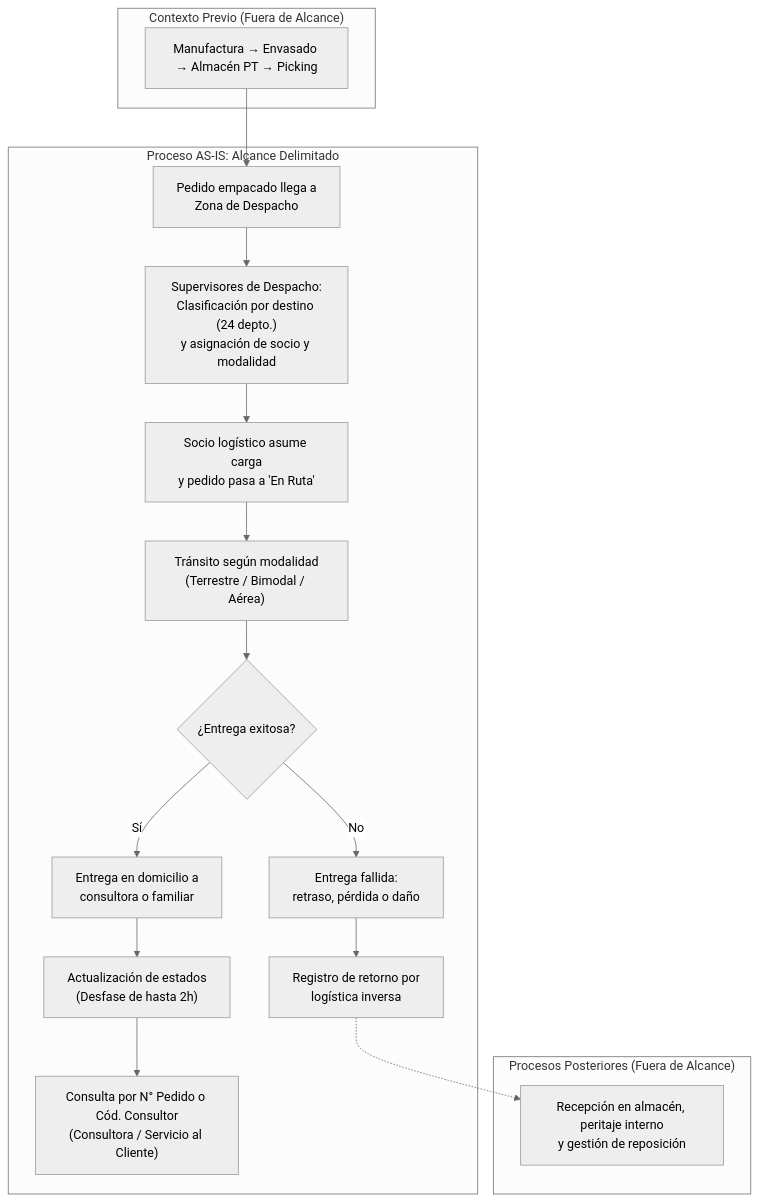
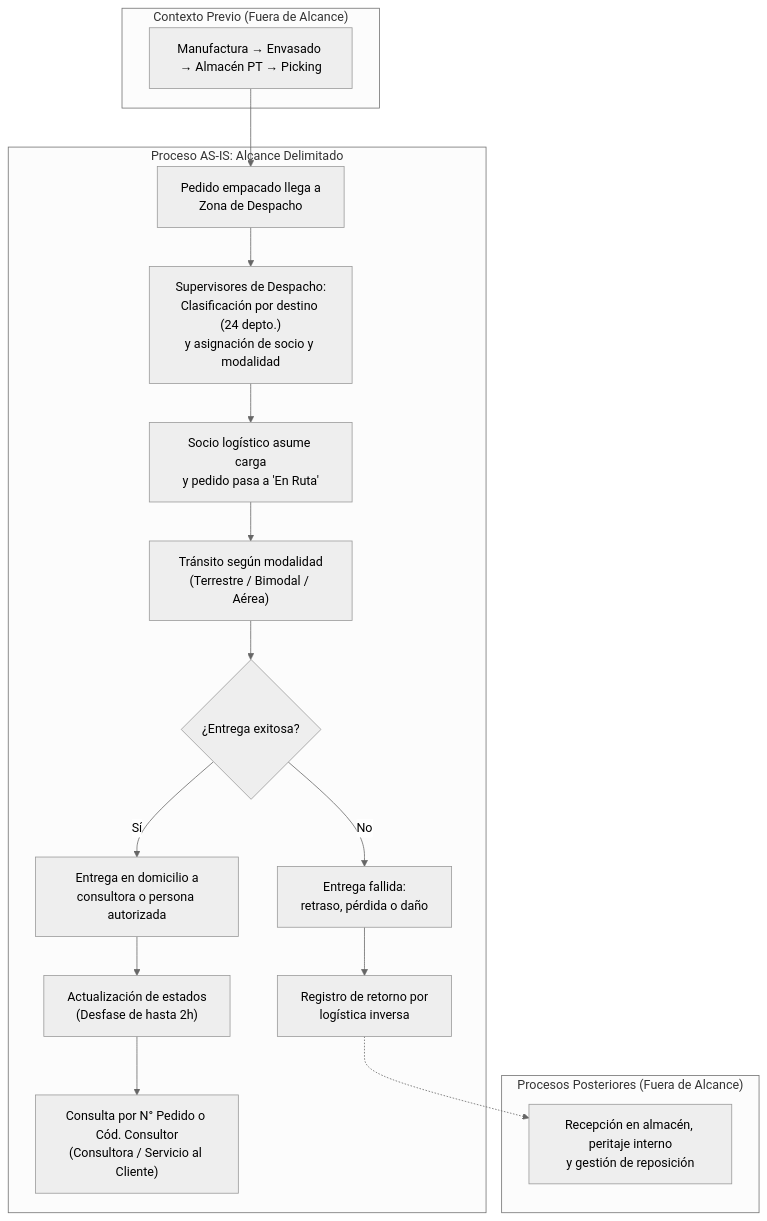
One commit to SaraviaH/arq-emp changed the second of 2 diagrams in arq-emp AS-IS/AS-IS/01 - Proceso actual.md. Above: the diagram before and after it, drawn with Mermaid (neutral theme). The commit also changed other lines of this file and 50 other files, not shown here.

````diff
--- a/arq-emp AS-IS/AS-IS/01 - Proceso actual.md
+++ b/arq-emp AS-IS/AS-IS/01 - Proceso actual.md
@@ -170,35 +170,35 @@
 ```mermaid
 flowchart TD
     subgraph CONTEXTO_PREVIO ["Contexto Previo (Fuera de Alcance)"]
         CP1["Manufactura → Envasado → Almacén PT → Picking"]
     end
 
     subgraph AS_IS ["Proceso AS-IS: Alcance Delimitado"]
         A["Pedido empacado llega a<br/>Zona de Despacho"]
         B["Supervisores de Despacho:<br/>Clasificación por destino (24 depto.)<br/>y asignación de socio y modalidad"]
         C["Socio logístico asume carga<br/>y pedido pasa a 'En Ruta'"]
         D["Tránsito según modalidad<br/>(Terrestre / Bimodal / Aérea)"]
         E{"¿Entrega exitosa?"}
-        F["Entrega en domicilio a<br/>consultora o familiar"]
+        F["Entrega en domicilio a<br/>consultora o persona autorizada"]
         G["Entrega fallida:<br/>retraso, pérdida o daño"]
         H["Actualización de estados<br/>(Desfase de hasta 2h)"]
         I["Consulta por N° Pedido o Cód. Consultor<br/>(Consultora / Servicio al Cliente)"]
         J["Registro de retorno por<br/>logística inversa"]
     end
 
     subgraph PROCESO_POSTERIOR ["Procesos Posteriores (Fuera de Alcance)"]
         K["Recepción en almacén, peritaje interno<br/>y gestión de reposición"]
     end
 
     CP1 --> A
     A --> B
     B --> C
     C --> D
     D --> E
     E -->|Sí| F
     E -->|No| G
     F --> H
     H --> I
     G --> J
     J -.-> K
 ```
````
